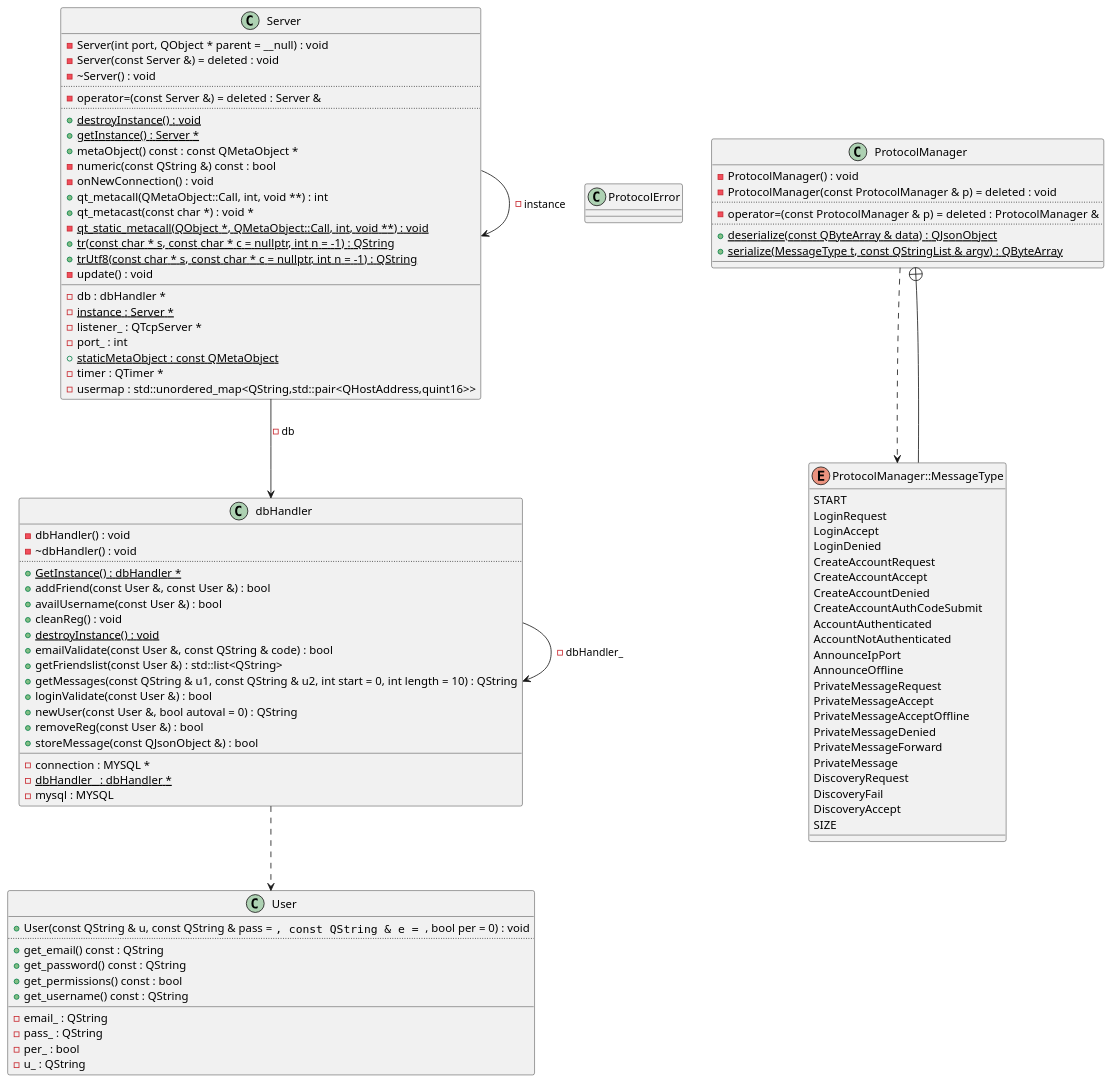
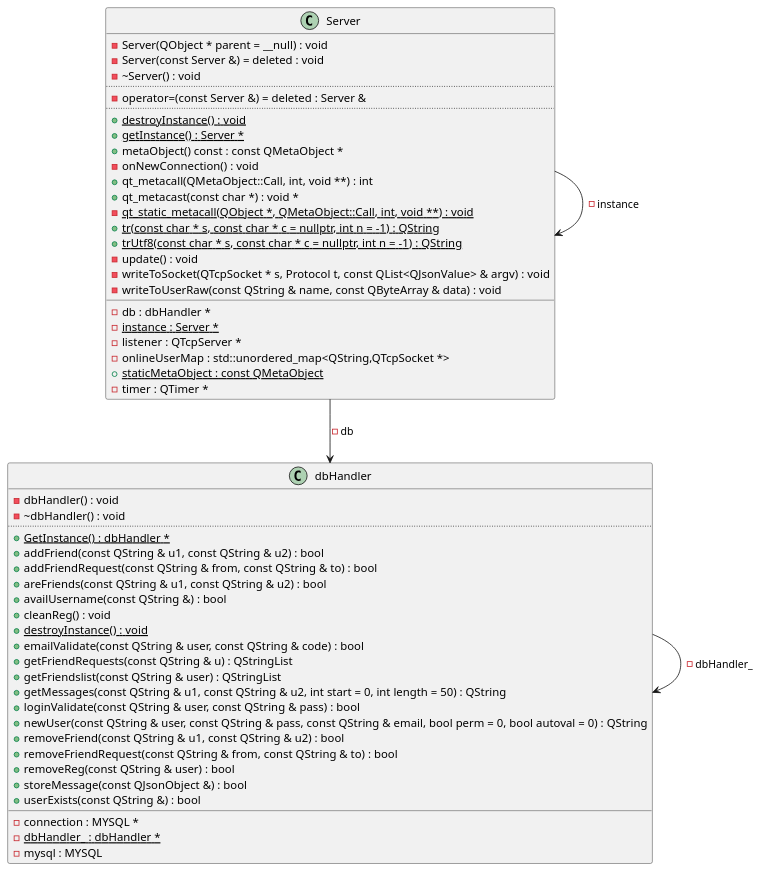
One commit to Eric-dot-png/Project-OOM changed the diagram in diagrams/server_class_diagram.puml. Above: the diagram before and after it, drawn with PlantUML. The commit also changed 20 other files, not shown here.

Commit message:
Diagrams Update

```diff
--- a/diagrams/server_class_diagram.puml
+++ b/diagrams/server_class_diagram.puml
@@ -1,115 +1,64 @@
 @startuml
-class "User" as C_0013909460443608576024
-class C_0013909460443608576024 {
-+User(const QString & u, const QString & pass = "", const QString & e = "", bool per = 0) : void
-..
-+get_email() const : QString
-+get_password() const : QString
-+get_permissions() const : bool
-+get_username() const : QString
-__
--email_ : QString
--pass_ : QString
--per_ : bool
--u_ : QString
-}
 class "dbHandler" as C_0007180728308577750051
 class C_0007180728308577750051 {
 -dbHandler() : void
 -~dbHandler() : void
 ..
 {static} +GetInstance() : dbHandler *
-+addFriend(const User &, const User &) : bool
-+availUsername(const User &) : bool
++addFriend(const QString & u1, const QString & u2) : bool
++addFriendRequest(const QString & from, const QString & to) : bool
++areFriends(const QString & u1, const QString & u2) : bool
++availUsername(const QString &) : bool
 +cleanReg() : void
 {static} +destroyInstance() : void
-+emailValidate(const User &, const QString & code) : bool
-+getFriendslist(const User &) : std::list<QString>
-+getMessages(const QString & u1, const QString & u2, int start = 0, int length = 10) : QString
-+loginValidate(const User &) : bool
-+newUser(const User &, bool autoval = 0) : QString
-+removeReg(const User &) : bool
++emailValidate(const QString & user, const QString & code) : bool
++getFriendRequests(const QString & u) : QStringList
++getFriendslist(const QString & user) : QStringList
++getMessages(const QString & u1, const QString & u2, int start = 0, int length = 50) : QString
++loginValidate(const QString & user, const QString & pass) : bool
++newUser(const QString & user, const QString & pass, const QString & email, bool perm = 0, bool autoval = 0) : QString
++removeFriend(const QString & u1, const QString & u2) : bool
++removeFriendRequest(const QString & from, const QString & to) : bool
++removeReg(const QString & user) : bool
 +storeMessage(const QJsonObject &) : bool
++userExists(const QString &) : bool
 __
 -connection : MYSQL *
 {static} -dbHandler_ : dbHandler *
 -mysql : MYSQL
 }
-class "ProtocolError" as C_0012766499065510760009
-class C_0012766499065510760009 {
-__
-}
-class "ProtocolManager" as C_0016429213831703395188
-class C_0016429213831703395188 {
--ProtocolManager() : void
--ProtocolManager(const ProtocolManager & p) = deleted : void
-..
--operator=(const ProtocolManager & p) = deleted : ProtocolManager &
-..
-{static} +deserialize(const QByteArray & data) : QJsonObject
-{static} +serialize(MessageType t, const QStringList & argv) : QByteArray
-__
-}
-enum "ProtocolManager::MessageType" as C_0008849749518693832582
-enum C_0008849749518693832582 {
-START
-LoginRequest
-LoginAccept
-LoginDenied
-CreateAccountRequest
-CreateAccountAccept
-CreateAccountDenied
-CreateAccountAuthCodeSubmit
-AccountAuthenticated
-AccountNotAuthenticated
-AnnounceIpPort
-AnnounceOffline
-PrivateMessageRequest
-PrivateMessageAccept
-PrivateMessageAcceptOffline
-PrivateMessageDenied
-PrivateMessageForward
-PrivateMessage
-DiscoveryRequest
-DiscoveryFail
-DiscoveryAccept
-SIZE
-}
 class "Server" as C_0007168929316485241399
 class C_0007168929316485241399 {
--Server(int port, QObject * parent = __null) : void
+-Server(QObject * parent = __null) : void
 -Server(const Server &) = deleted : void
 -~Server() : void
 ..
 -operator=(const Server &) = deleted : Server &
 ..
 {static} +destroyInstance() : void
 {static} +getInstance() : Server *
 +metaObject() const : const QMetaObject *
--numeric(const QString &) const : bool
 -onNewConnection() : void
 +qt_metacall(QMetaObject::Call, int, void **) : int
 +qt_metacast(const char *) : void *
 {static} -qt_static_metacall(QObject *, QMetaObject::Call, int, void **) : void
 {static} +tr(const char * s, const char * c = nullptr, int n = -1) : QString
 {static} +trUtf8(const char * s, const char * c = nullptr, int n = -1) : QString
 -update() : void
+-writeToSocket(QTcpSocket * s, Protocol t, const QList<QJsonValue> & argv) : void
+-writeToUserRaw(const QString & name, const QByteArray & data) : void
 __
 -db : dbHandler *
 {static} -instance : Server *
--listener_ : QTcpServer *
--port_ : int
+-listener : QTcpServer *
+-onlineUserMap : std::unordered_map<QString,QTcpSocket *>
 {static} +staticMetaObject : const QMetaObject
 -timer : QTimer *
--usermap : std::unordered_map<QString,std::pair<QHostAddress,quint16>>
 }
-C_0007180728308577750051 ..> C_0013909460443608576024
 C_0007180728308577750051 --> C_0007180728308577750051 : -dbHandler_
-C_0016429213831703395188 ..> C_0008849749518693832582
-C_0008849749518693832582 --+ C_0016429213831703395188
 C_0007168929316485241399 --> C_0007180728308577750051 : -db
 C_0007168929316485241399 --> C_0007168929316485241399 : -instance
 
 'Generated with clang-uml, version 0.6.0
 'LLVM version clang version 18.1.8 (Fedora 18.1.8-1.fc40)
 @enduml
```
